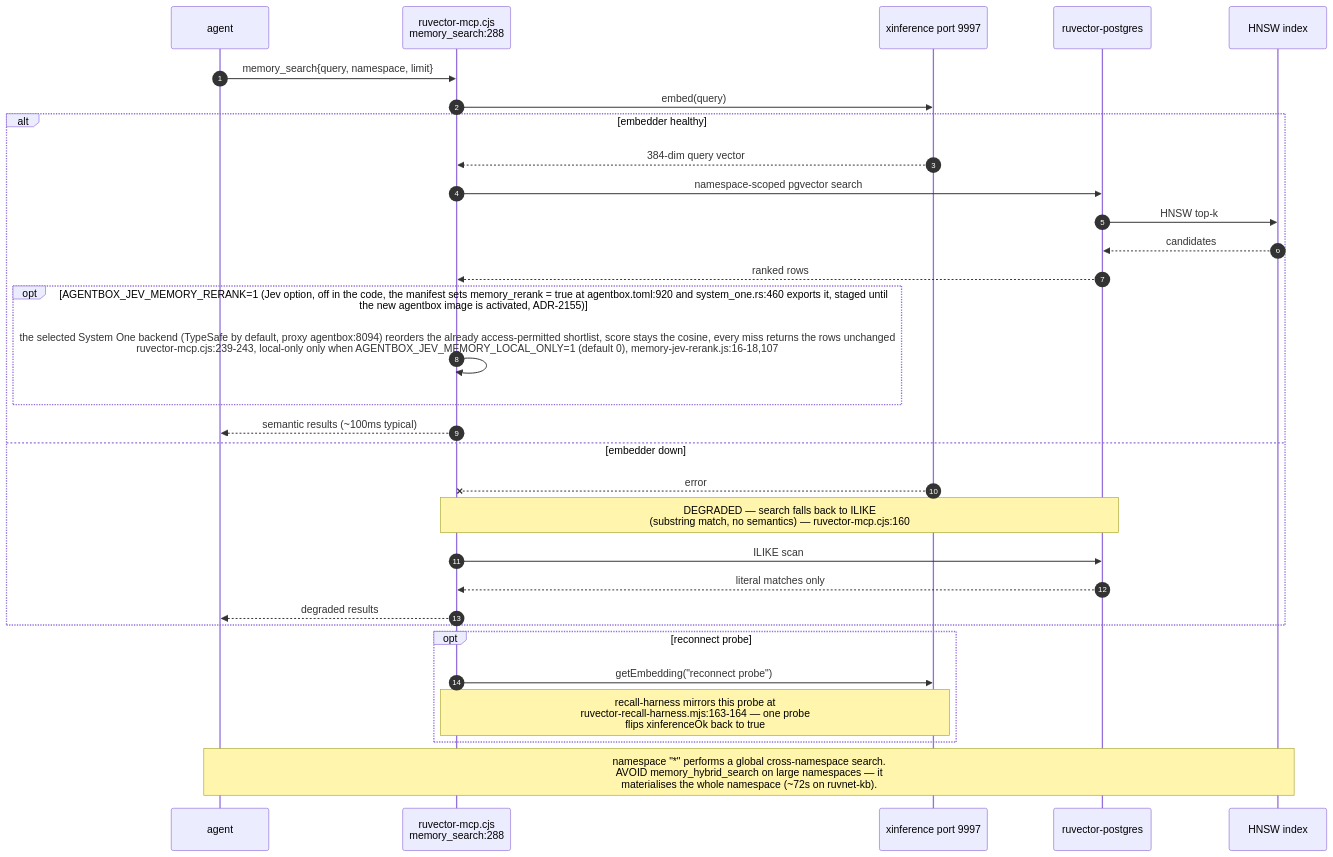
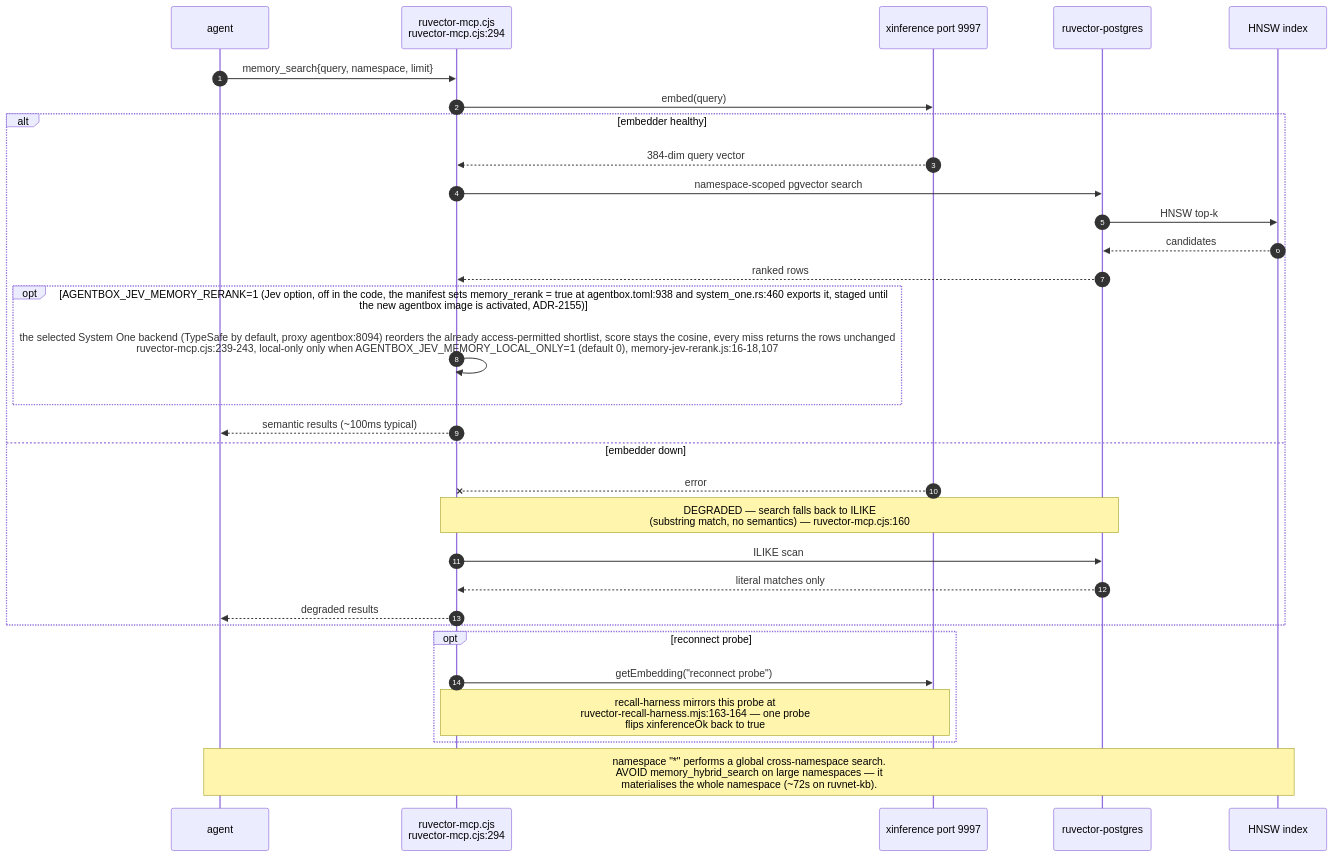
The third of 7 diagrams in docs/diagrams/estate/07-memory-and-embedding-estate.md (DreamLab-AI/VisionFlow), drawn with Mermaid before and after one commit. The commit also changed other lines of this file and 9 other files, not shown here.

````diff
--- a/docs/diagrams/estate/07-memory-and-embedding-estate.md
+++ b/docs/diagrams/estate/07-memory-and-embedding-estate.md
@@ -115,34 +117,34 @@
 ```mermaid
 sequenceDiagram
     autonumber
     participant A as agent
-    participant M as ruvector-mcp.cjs<br/>memory_search:288
+    participant M as ruvector-mcp.cjs<br/>ruvector-mcp.cjs:294
     participant X as xinference port 9997
     participant P as ruvector-postgres
     participant H as HNSW index
 
     A->>M: memory_search{query, namespace, limit}
     M->>X: embed(query)
     alt embedder healthy
         X-->>M: 384-dim query vector
         M->>P: namespace-scoped pgvector search
         P->>H: HNSW top-k
         H-->>P: candidates
         P-->>M: ranked rows
-        opt AGENTBOX_JEV_MEMORY_RERANK=1 (Jev option, off in the code, the manifest sets memory_rerank = true at agentbox.toml:920 and system_one.rs:460 exports it, staged until the new agentbox image is activated, ADR-2155)
+        opt AGENTBOX_JEV_MEMORY_RERANK=1 (Jev option, off in the code, the manifest sets memory_rerank = true at agentbox.toml:938 and system_one.rs:460 exports it, staged until the new agentbox image is activated, ADR-2155)
             M->>M: the selected System One backend (TypeSafe by default, proxy agentbox:8094) reorders the already access-permitted shortlist, score stays the cosine, every miss returns the rows unchanged<br/>ruvector-mcp.cjs:239-243, local-only only when AGENTBOX_JEV_MEMORY_LOCAL_ONLY=1 (default 0), memory-jev-rerank.js:16-18,107
         end
         M-->>A: semantic results (~100ms typical)
     else embedder down
         X--xM: error
         Note over M,P: DEGRADED — search falls back to ILIKE<br/>(substring match, no semantics) — ruvector-mcp.cjs:160
         M->>P: ILIKE scan
         P-->>M: literal matches only
         M-->>A: degraded results
     end
     opt reconnect probe
         M->>X: getEmbedding("reconnect probe")
         Note over M,X: recall-harness mirrors this probe at<br/>ruvector-recall-harness.mjs:163-164 — one probe<br/>flips xinferenceOk back to true
     end
     Note over A,H: namespace "*" performs a global cross-namespace search.<br/>AVOID memory_hybrid_search on large namespaces — it<br/>materialises the whole namespace (~72s on ruvnet-kb).
 ```
````
